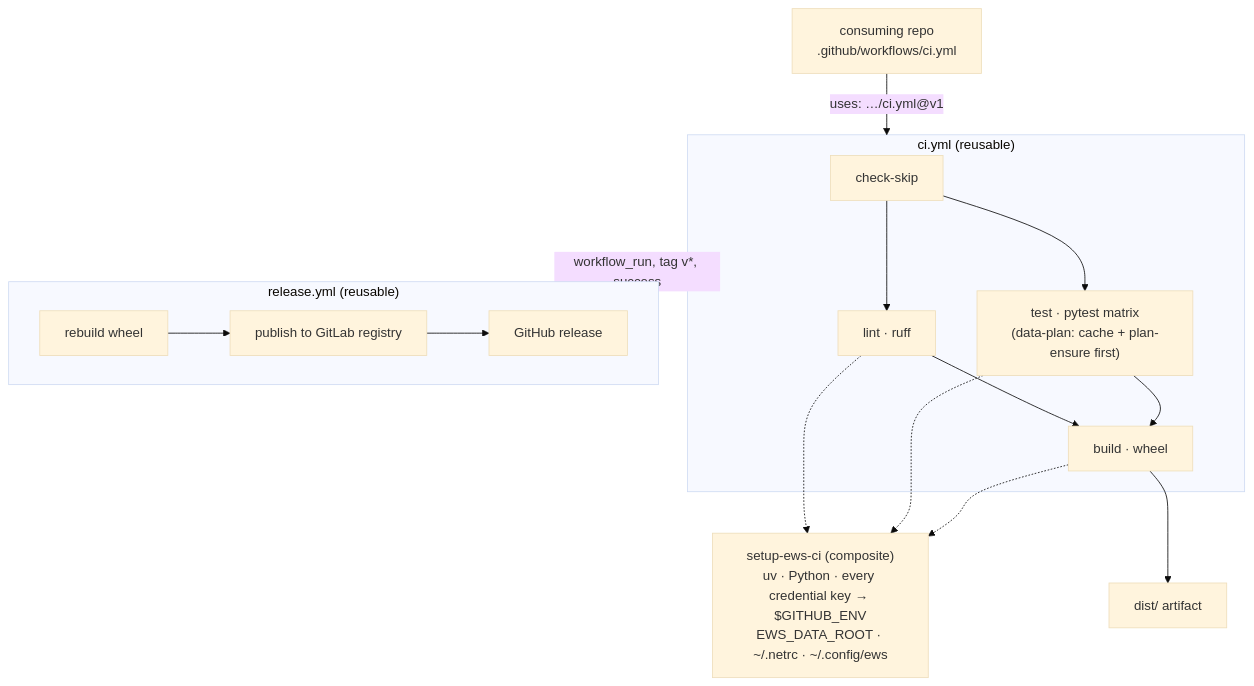
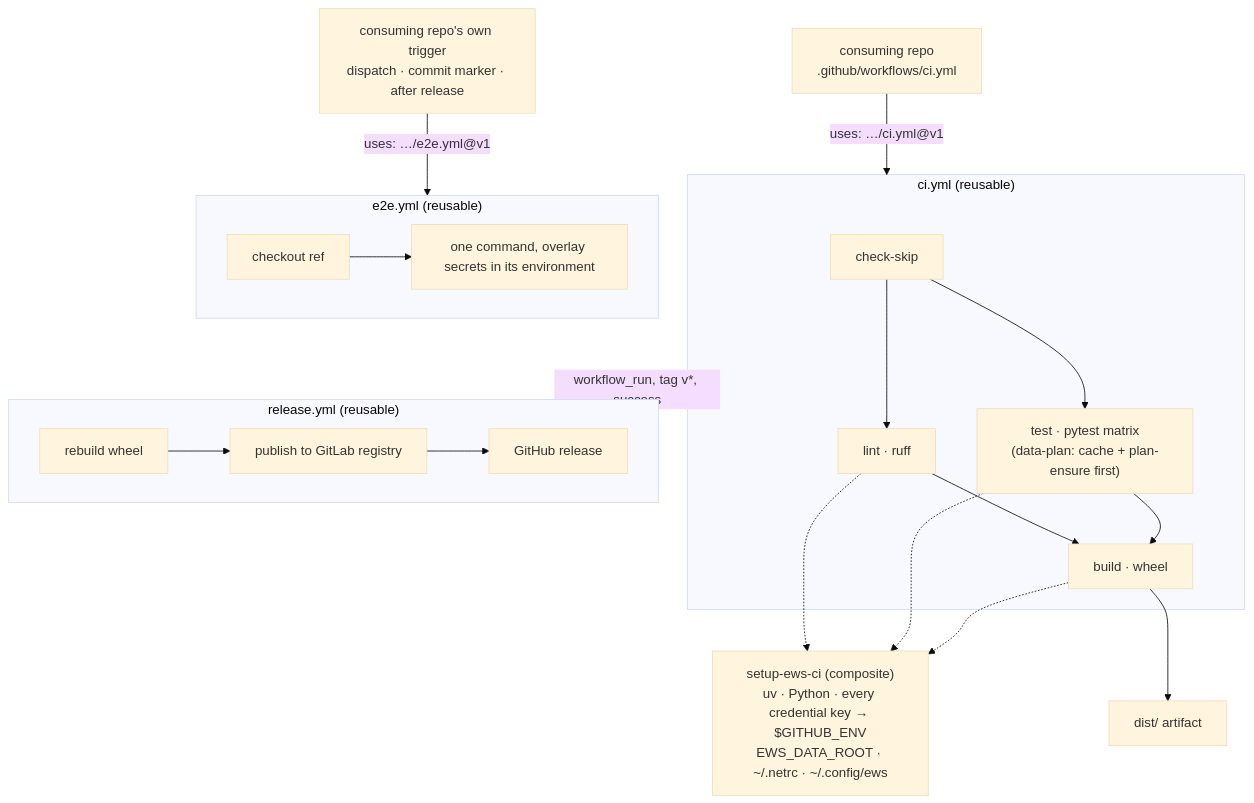
One commit to EWS-Consulting-Public/ews-ci-action changed the diagram in docs/README.md. Above: the diagram before and after it, drawn with Mermaid (base theme). The commit also changed other lines of this file and 11 other files, not shown here.

First line of the commit message:
Add e2e.yml: an end-to-end run the consumer triggers, with overlay secrets (#5)

````diff
--- a/docs/README.md
+++ b/docs/README.md
@@ -15,20 +15,24 @@
 ```mermaid
 flowchart TD
     CALL["consuming repo<br/>.github/workflows/ci.yml"] -->|"uses: …/ci.yml@v1"| CI
     subgraph CI["ci.yml (reusable)"]
         SKIP[check-skip] --> LINT[lint · ruff]
         SKIP --> TEST["test · pytest matrix<br/>(data-plan: cache + plan-ensure first)"]
         LINT --> BUILD[build · wheel]
         TEST --> BUILD
     end
     LINT -.-> SETUP
     TEST -.-> SETUP
     BUILD -.-> SETUP
     SETUP["setup-ews-ci (composite)<br/>uv · Python · every credential key → $GITHUB_ENV<br/>EWS_DATA_ROOT · ~/.netrc · ~/.config/ews"]
     BUILD --> ART[dist/ artifact]
     CI -->|"workflow_run, tag v*, success"| REL
     subgraph REL["release.yml (reusable)"]
         RB["rebuild wheel"] --> PUB["publish to GitLab registry"]
         PUB --> GHR["GitHub release"]
     end
+    CALLER["consuming repo's own trigger<br/>dispatch · commit marker · after release"] -->|"uses: …/e2e.yml@v1"| E2E
+    subgraph E2E["e2e.yml (reusable)"]
+        EC["checkout ref"] --> EX["one command, overlay secrets in its environment"]
+    end
 ```
````
